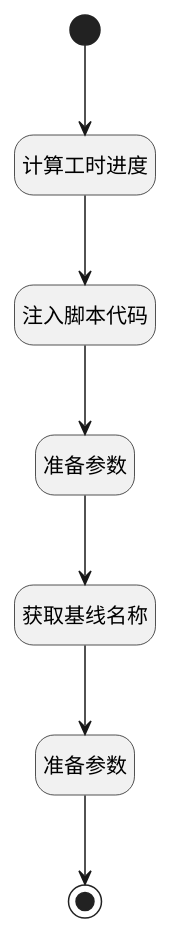
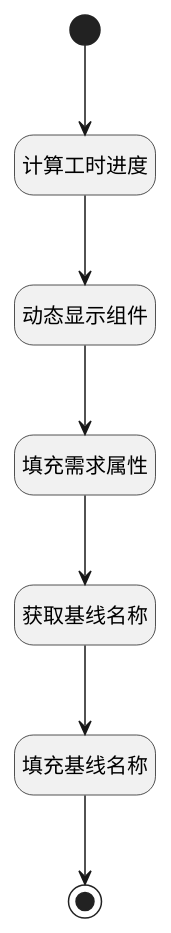
One commit to iBizLab/plm changed the diagram in doc/docsify/module/ProdMgmt/idea/uilogic/get_workload_schedule.md. Above: the diagram before and after it, drawn with PlantUML. The commit also changed other lines of this file and 2688 other files, not shown here.

````diff
--- a/doc/docsify/module/ProdMgmt/idea/uilogic/get_workload_schedule.md
+++ b/doc/docsify/module/ProdMgmt/idea/uilogic/get_workload_schedule.md
@@ -7,29 +7,29 @@
 ```plantuml
 @startuml
 hide footbox
 <style>
 root {
   HyperlinkColor #42b983
 }
 </style>
 
 hide empty description
 state "开始" as Begin <<start>> [[$./get_workload_schedule#begin {开始}]]
-state "注入脚本代码" as RAWJSCODE2  [[$./get_workload_schedule#rawjscode2 {注入脚本代码}]]
 state "计算工时进度" as RAWJSCODE1  [[$./get_workload_schedule#rawjscode1 {计算工时进度}]]
-state "准备参数" as PREPAREJSPARAM2  [[$./get_workload_schedule#preparejsparam2 {准备参数}]]
+state "填充基线名称" as PREPAREJSPARAM1  [[$./get_workload_schedule#preparejsparam1 {填充基线名称}]]
+state "结束" as END1 <<end>> [[$./get_workload_schedule#end1 {结束}]]
+state "填充需求属性" as PREPAREJSPARAM2  [[$./get_workload_schedule#preparejsparam2 {填充需求属性}]]
+state "动态显示组件" as RAWJSCODE2  [[$./get_workload_schedule#rawjscode2 {动态显示组件}]]
 state "获取基线名称" as DEACTION1  [[$./get_workload_schedule#deaction1 {获取基线名称}]]
-state "准备参数" as PREPAREJSPARAM1  [[$./get_workload_schedule#preparejsparam1 {准备参数}]]
-state "结束" as END1 <<end>> [[$./get_workload_schedule#end1 {结束}]]
 
 
 Begin --> RAWJSCODE1
 RAWJSCODE1 --> RAWJSCODE2
 RAWJSCODE2 --> PREPAREJSPARAM2
 PREPAREJSPARAM2 --> DEACTION1
 DEACTION1 --> PREPAREJSPARAM1
 PREPAREJSPARAM1 --> END1
 
 
 @enduml
 ```
````
